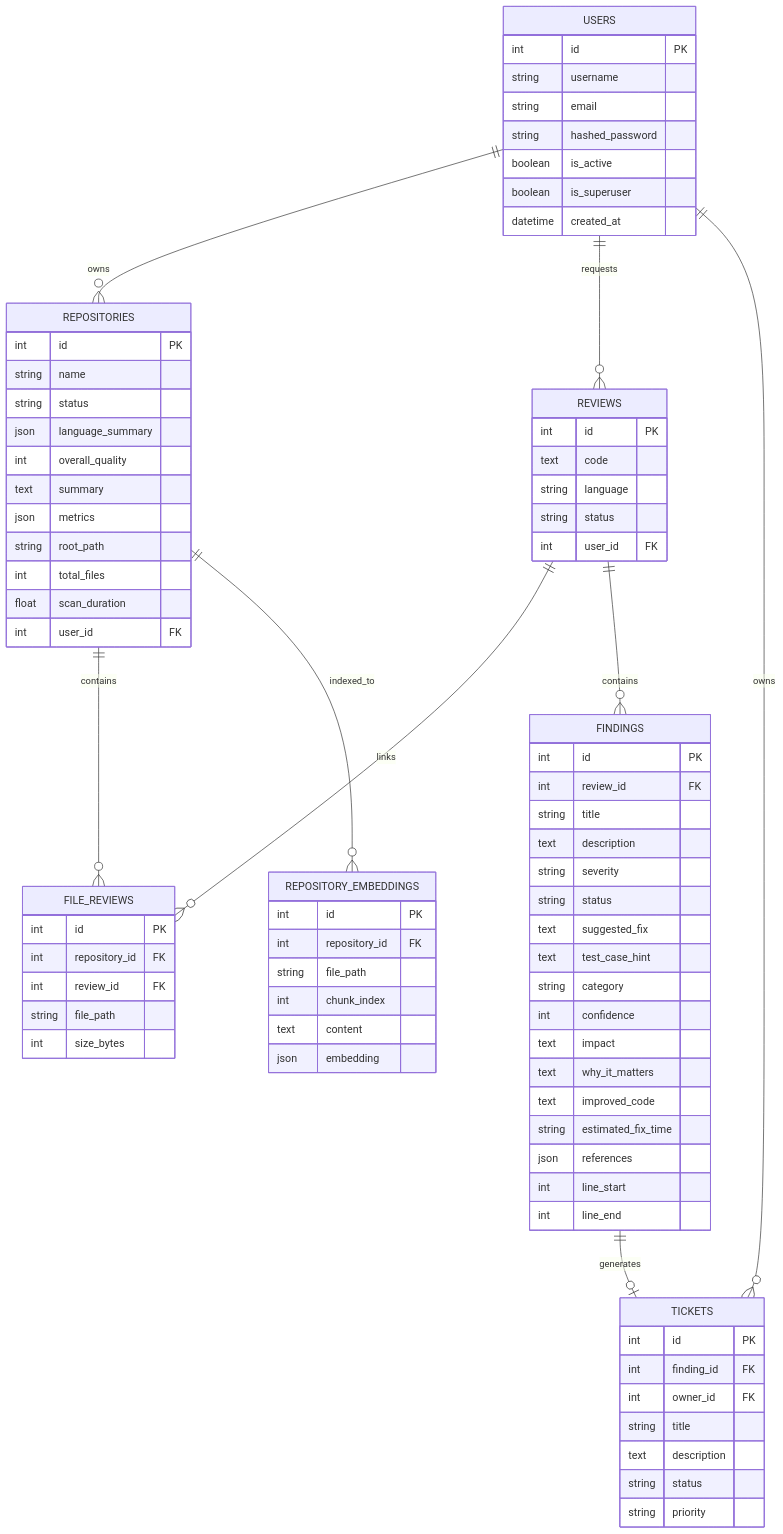
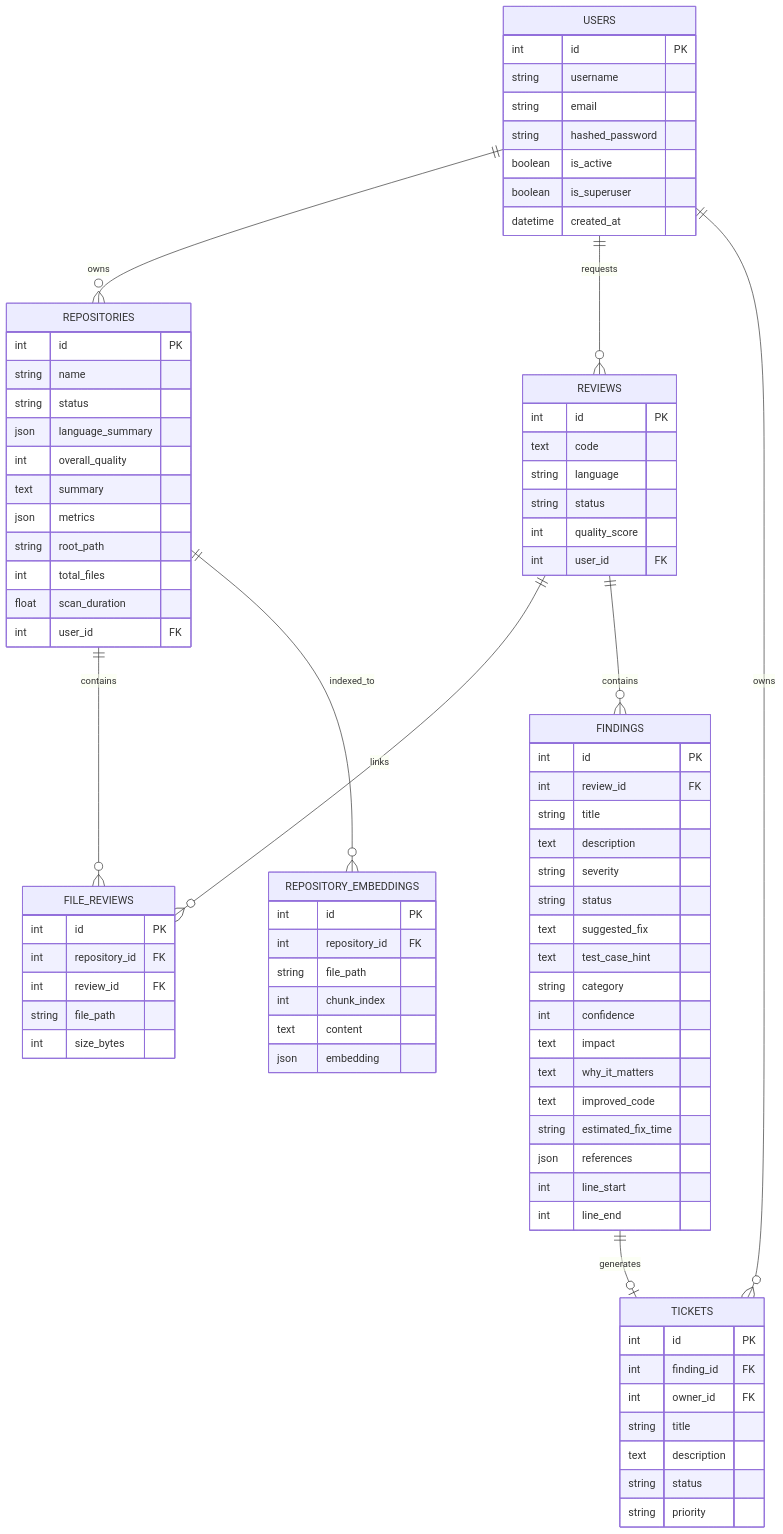
One commit to manaswinmg-ui/codeinsight-ai changed the third of 13 diagrams in docs/codeinsight_ai_project_report.md. Above: the diagram before and after it, drawn with Mermaid. The commit also changed other lines of this file, not shown here.

Commit message:
Update project report documentation with recent architectural enhancements

```diff
--- a/docs/codeinsight_ai_project_report.md
+++ b/docs/codeinsight_ai_project_report.md
@@ -348,6 +348,7 @@
         text code
         string language
         string status
+        int quality_score
         int user_id FK
     }
 
```
